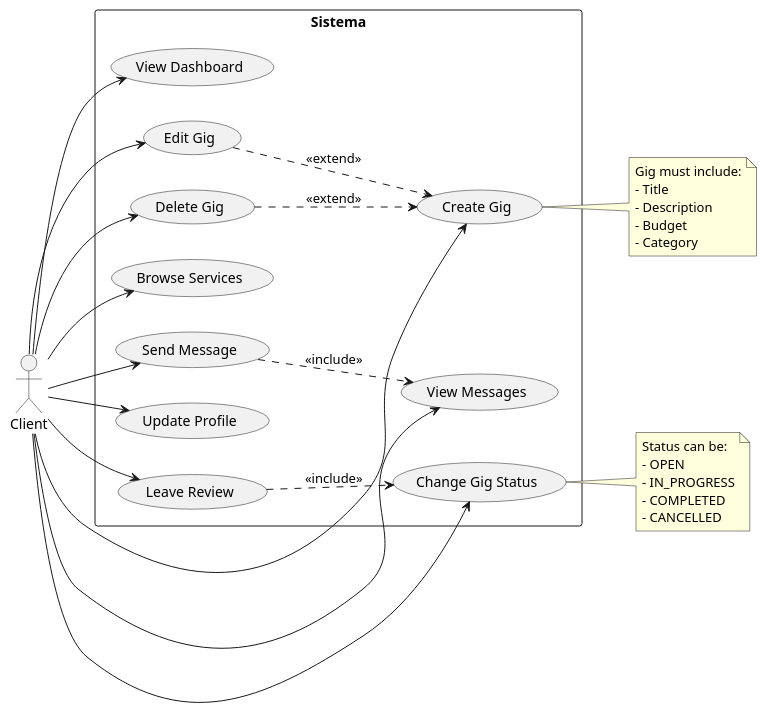
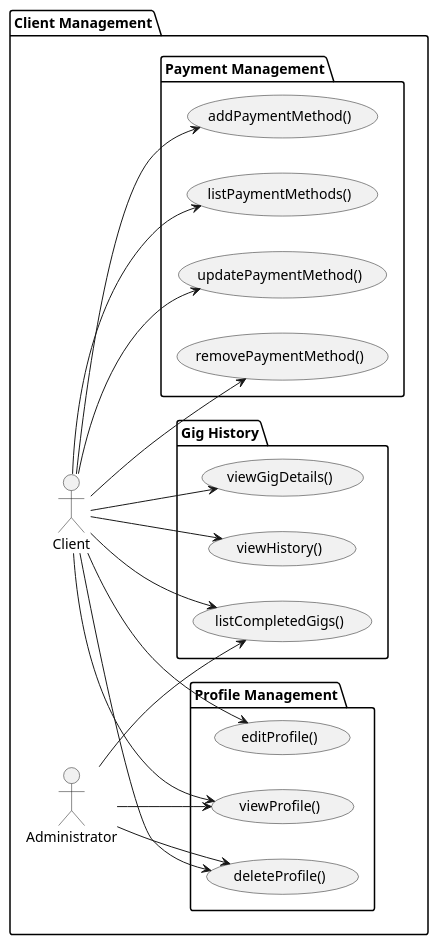
Before and after one commit to brandonP2/UniGig-TFG: the fourth of 19 diagrams in README.md, drawn with PlantUML. The commit also changed other lines of this file and 40 other files, not shown here.

```diff
--- a/README.md
+++ b/README.md
@@ -124,51 +162,46 @@
 @startuml
+
+package "Client Management"{
 left to right direction
 
-actor Client
+' Actors
+actor "Client" as client
+actor "Administrator" as admin
 
-rectangle Sistema {
-  (View Dashboard) as dashboard
-  (Create Gig) as createGig
-  (Edit Gig) as editGig
-  (Delete Gig) as deleteGig
-  (Browse Services) as browseServices
-  (View Messages) as viewMessages
-  (Send Message) as sendMessage
-  (Update Profile) as updateProfile
-  (Leave Review) as leaveReview
-  (Change Gig Status) as changeStatus
+package "Profile Management" {
+    usecase editProfile as "editProfile()"
+    usecase viewProfile as "viewProfile()"
+    usecase deleteProfile as "deleteProfile()"
 }
 
-Client --> dashboard
-Client --> createGig
-Client --> editGig
-Client --> deleteGig
-Client --> browseServices
-Client --> viewMessages
-Client --> sendMessage
-Client --> updateProfile
-Client --> leaveReview
-Client --> changeStatus
+package "Payment Management" {
+    usecase addPaymentMethod as "addPaymentMethod()"
+    usecase listPaymentMethods as "listPaymentMethods()"
+    usecase updatePaymentMethod as "updatePaymentMethod()"
+    usecase removePaymentMethod as "removePaymentMethod()"
+}
 
-editGig ..> createGig : <<extend>>
-deleteGig ..> createGig : <<extend>>
-sendMessage ..> viewMessages : <<include>>
-leaveReview ..> changeStatus : <<include>>
+package "Gig History" {
+    usecase viewHistory as "viewHistory()"
+    usecase listCompletedGigs as "listCompletedGigs()"
+    usecase viewGigDetails as "viewGigDetails()"
+}
 
-note right of createGig
-  Gig must include:
-  - Title
-  - Description
-  - Budget
-  - Category
-end note
+' Client connections
+client --> (editProfile)
+client --> (viewProfile)
+client --> (addPaymentMethod)
+client --> (listPaymentMethods)
+client --> (updatePaymentMethod)
+client --> (removePaymentMethod)
+client --> (viewHistory)
+client --> (listCompletedGigs)
+client --> (viewGigDetails)
+client --> (deleteProfile)
 
-note right of changeStatus
-  Status can be:
-  - OPEN
-  - IN_PROGRESS
-  - COMPLETED
-  - CANCELLED
-end note
-
+' Admin connections
+admin --> (deleteProfile)
+admin --> (viewProfile)
+admin --> (listCompletedGigs)
+}
 @enduml
```
